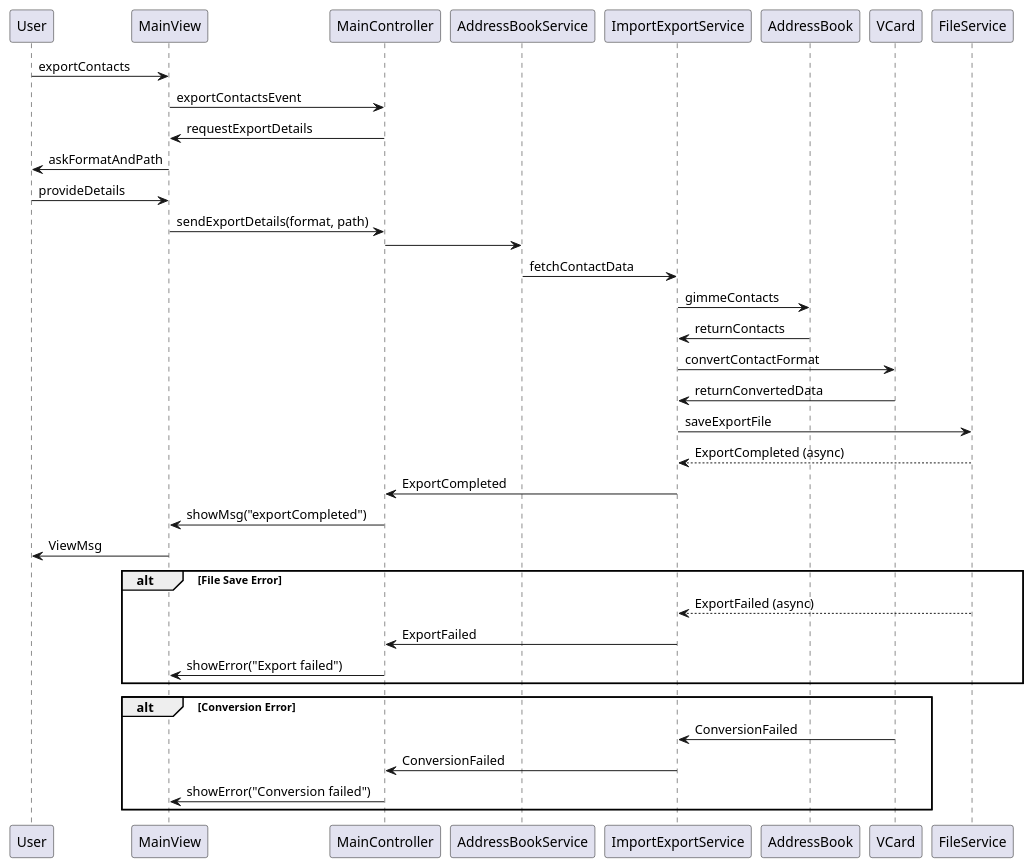
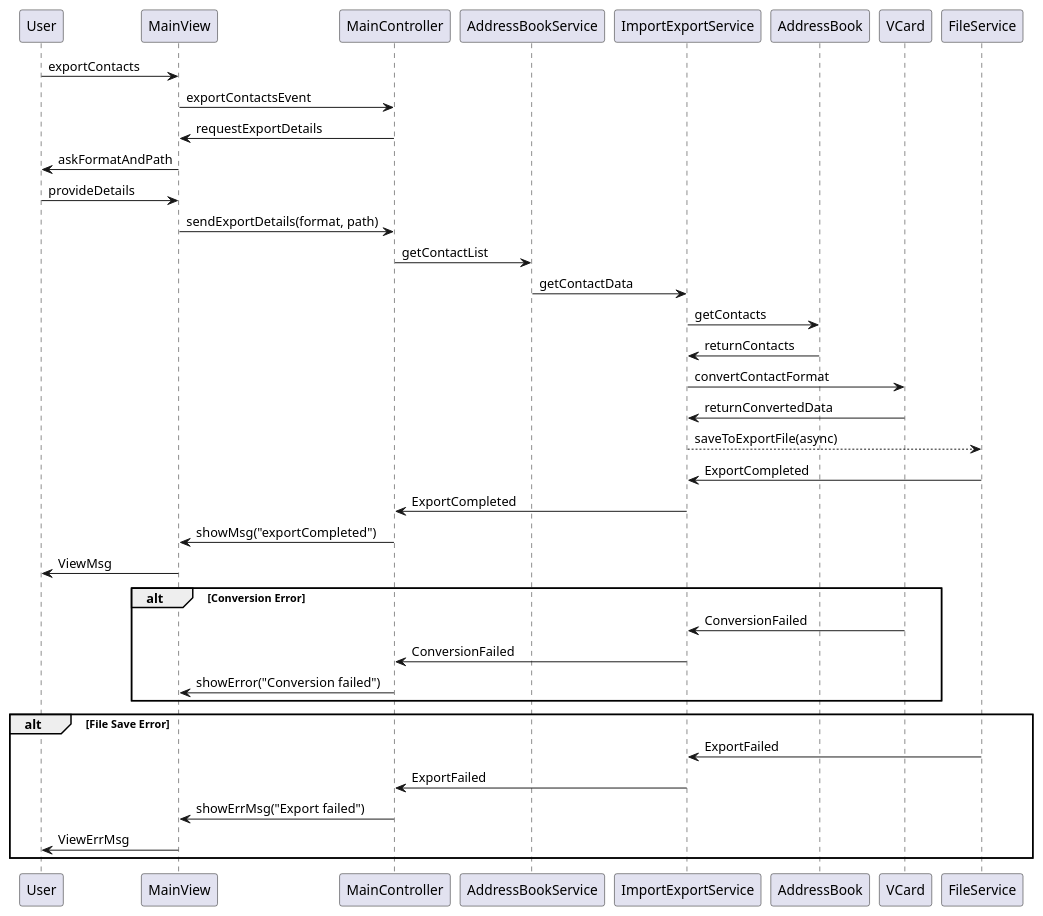
One commit to francescopeluso/SWE-Project changed the diagram in docs/SequenceDiagrams/ExportContactDiagram.puml. Above: the diagram before and after it, drawn with PlantUML. The commit also changed 3 other files, not shown here.

Commit message:
ultimo aggiornamento dei diagrammi di sequenza

```diff
--- a/docs/SequenceDiagrams/ExportContactDiagram.puml
+++ b/docs/SequenceDiagrams/ExportContactDiagram.puml
@@ -1,35 +1,36 @@
 @startuml
 User -> MainView: exportContacts
 MainView -> MainController: exportContactsEvent
 MainController -> MainView: requestExportDetails
 MainView -> User: askFormatAndPath
 User -> MainView: provideDetails
 MainView -> MainController: sendExportDetails(format, path)
 
-MainController -> AddressBookService: 
-AddressBookService -> ImportExportService: fetchContactData
-ImportExportService -> AddressBook: gimmeContacts
+MainController -> AddressBookService: getContactList
+AddressBookService -> ImportExportService: getContactData
+ImportExportService -> AddressBook: getContacts
 AddressBook -> ImportExportService: returnContacts
 ImportExportService -> VCard: convertContactFormat
 VCard -> ImportExportService: returnConvertedData
-
-ImportExportService -> FileService: saveExportFile
-FileService --> ImportExportService: ExportCompleted (async)
-
+ImportExportService --> FileService: saveToExportFile(async)
+FileService -> ImportExportService: ExportCompleted
 ImportExportService -> MainController: ExportCompleted
 MainController -> MainView: showMsg("exportCompleted")
 MainView -> User: ViewMsg
-
-alt File Save Error
-  FileService --> ImportExportService: ExportFailed (async)
-  ImportExportService -> MainController: ExportFailed
-  MainController -> MainView: showError("Export failed")
-end
 
 alt Conversion Error
   VCard -> ImportExportService: ConversionFailed
   ImportExportService -> MainController: ConversionFailed
   MainController -> MainView: showError("Conversion failed")
 end
 
+alt File Save Error
+  FileService -> ImportExportService: ExportFailed
+  ImportExportService -> MainController: ExportFailed
+  MainController -> MainView: showErrMsg("Export failed")
+  MainView -> User: ViewErrMsg
+end
+
+
+
 @enduml
```
